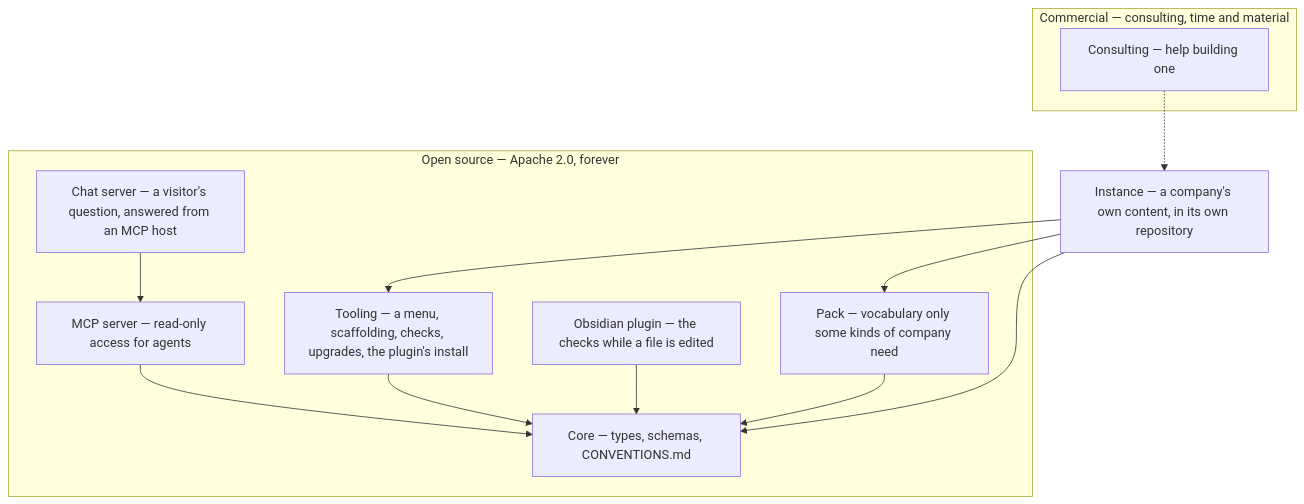
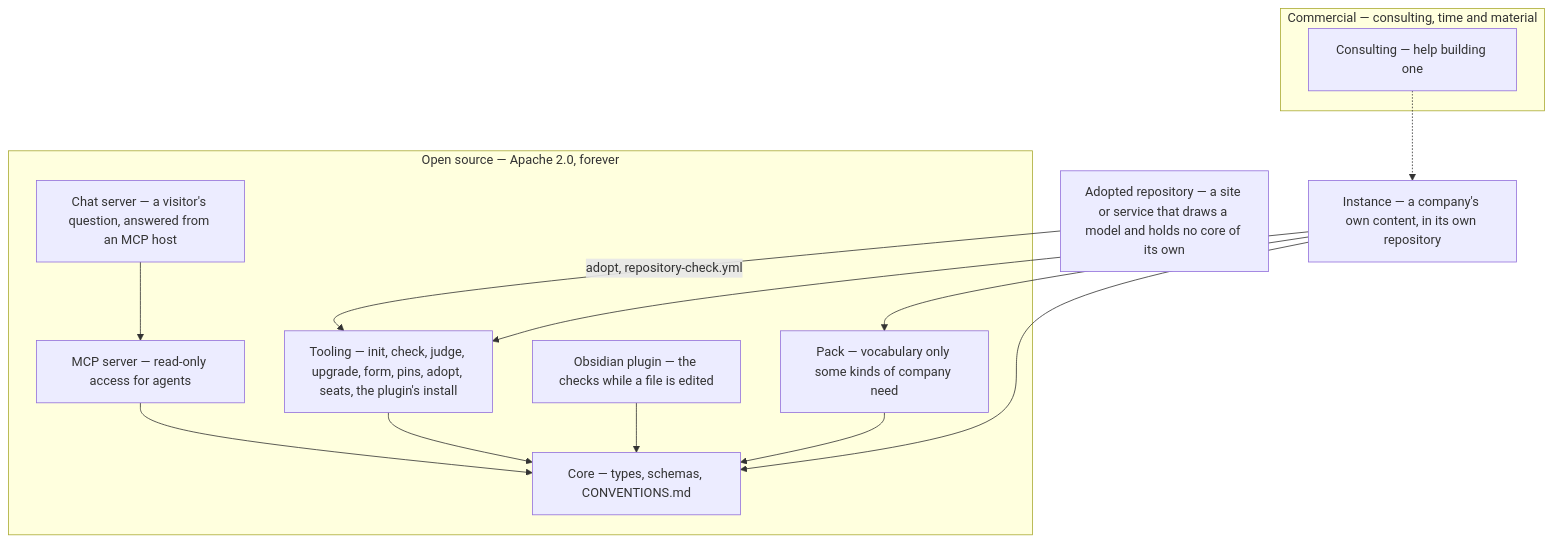
Before and after one commit to companygraph/meta-model: the diagram in README.md, drawn with Mermaid. The commit also changed other lines of this file and 1 other file, not shown here.

````diff
--- a/README.md
+++ b/README.md
@@ -60,23 +60,25 @@
 ```mermaid
 flowchart TB
     subgraph commercial["Commercial — consulting, time and material"]
         CONS["Consulting — help building one"]
     end
     subgraph oss["Open source — Apache 2.0, forever"]
-        TOOL["Tooling — a menu, scaffolding, checks, upgrades, the plugin's install"]
+        TOOL["Tooling — init, check, judge, upgrade, form, pins, adopt, seats, the plugin's install"]
         SERVER["MCP server — read-only access for agents"]
         CHAT["Chat server — a visitor's question, answered from an MCP host"]
         PLUGIN["Obsidian plugin — the checks while a file is edited"]
         PACK["Pack — vocabulary only some kinds of company need"]
         CORE["Core — types, schemas, CONVENTIONS.md"]
     end
     INST["Instance — a company's own content, in its own repository"]
+    ADOPT["Adopted repository — a site or service that draws a model and holds no core of its own"]
 
     CONS -.-> INST
     TOOL --> CORE
     SERVER --> CORE
     CHAT --> SERVER
     PLUGIN --> CORE
     INST --> TOOL & PACK & CORE
+    ADOPT -->|"adopt, repository-check.yml"| TOOL
     PACK --> CORE
 ```
````
